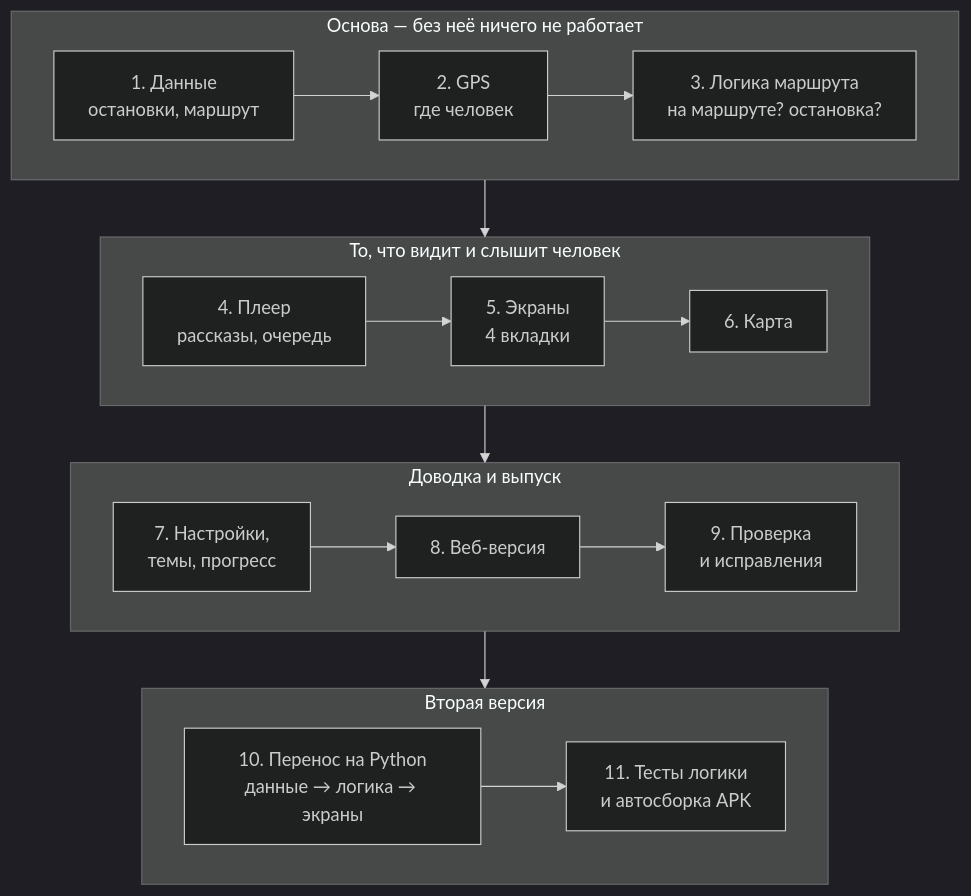
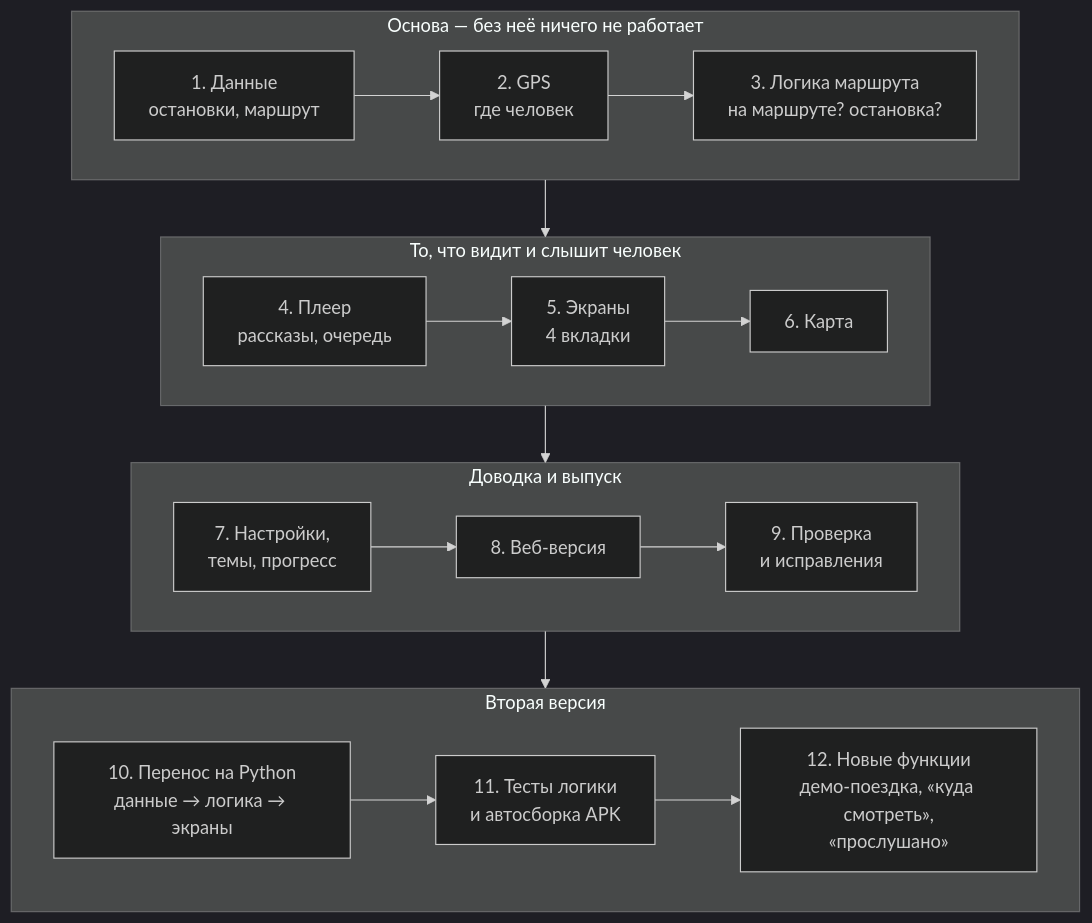
Before and after one commit to s-smk17/peterhof-audioguide: the fifth of 12 diagrams in docs/development-plan.md, drawn with Mermaid (dark theme). The commit also changed other lines of this file, not shown here.

Commit message:
План разработки: демо-поездка, «куда смотреть», «прослушано»

````diff
--- a/docs/development-plan.md
+++ b/docs/development-plan.md
@@ -329,20 +329,20 @@
 ```mermaid
 flowchart TD
     subgraph BASE["Основа — без неё ничего не работает"]
         direction LR
         s1["1. Данные<br/>остановки, маршрут"] --> s2["2. GPS<br/>где человек"] --> s3["3. Логика маршрута<br/>на маршруте? остановка?"]
     end
     subgraph UI["То, что видит и слышит человек"]
         direction LR
         s4["4. Плеер<br/>рассказы, очередь"] --> s5["5. Экраны<br/>4 вкладки"] --> s6["6. Карта"]
     end
     subgraph RELEASE["Доводка и выпуск"]
         direction LR
         s7["7. Настройки,<br/>темы, прогресс"] --> s8["8. Веб-версия"] --> s9["9. Проверка<br/>и исправления"]
     end
     subgraph PY["Вторая версия"]
         direction LR
-        s10["10. Перенос на Python<br/>данные → логика → экраны"] --> s11["11. Тесты логики<br/>и автосборка APK"]
+        s10["10. Перенос на Python<br/>данные → логика → экраны"] --> s11["11. Тесты логики<br/>и автосборка APK"] --> s12["12. Новые функции<br/>демо-поездка, «куда смотреть»,<br/>«прослушано»"]
     end
     BASE --> UI --> RELEASE --> PY
 ```
````
